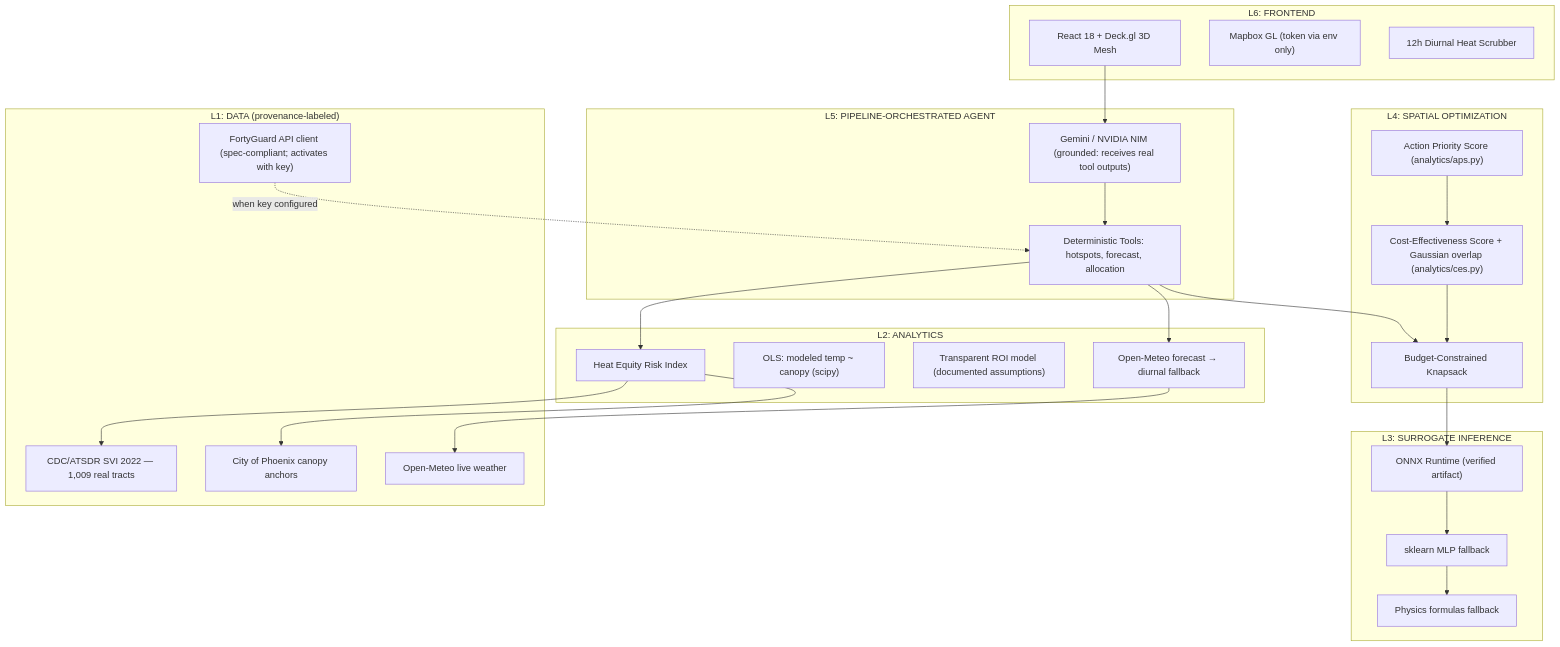
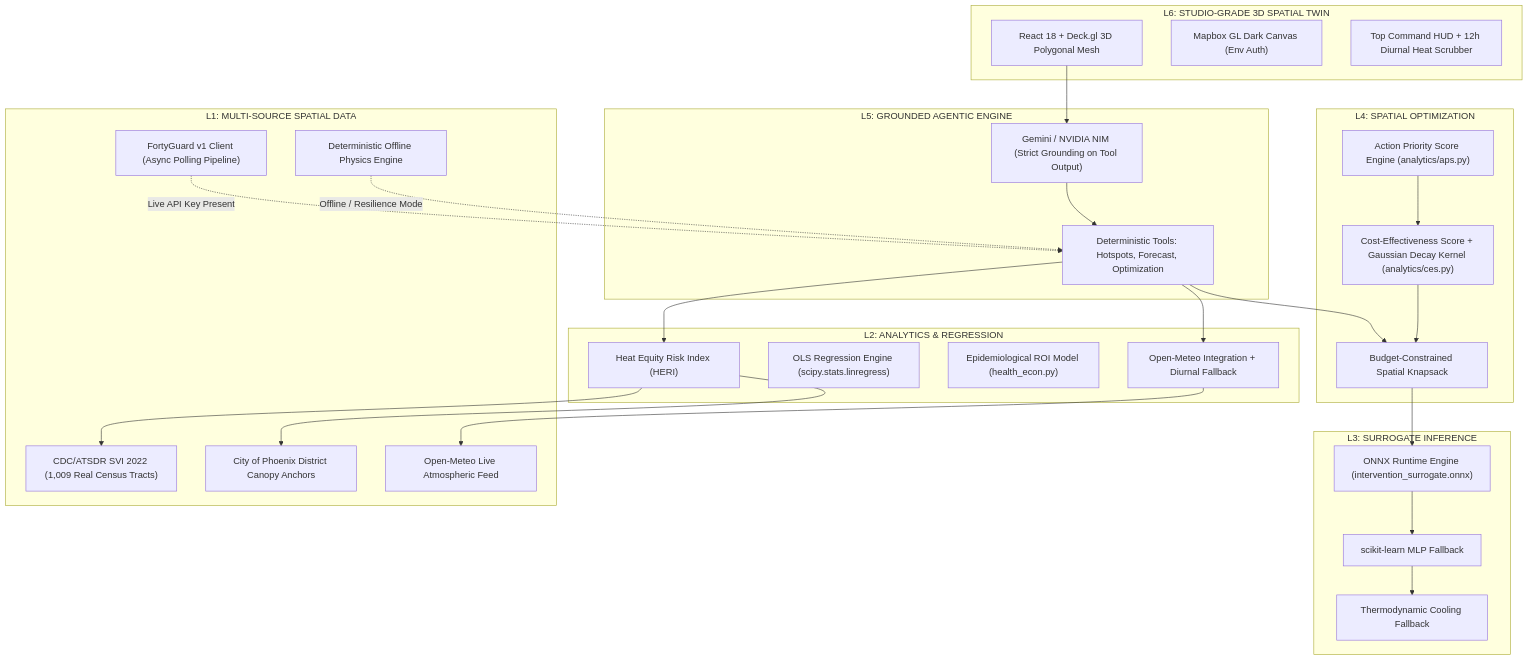
Before and after one commit to hasib-spec/SHADE: the diagram in README.md, drawn with Mermaid. The commit also changed other lines of this file, not shown here.

````diff
--- a/README.md
+++ b/README.md
@@ -61,52 +50,54 @@
 ```mermaid
 graph TD
-    subgraph L6_Frontend["L6: FRONTEND"]
-        UI["React 18 + Deck.gl 3D Mesh"]
-        Map["Mapbox GL (token via env only)"]
-        HUD["12h Diurnal Heat Scrubber"]
+    subgraph L6_Frontend["L6: STUDIO-GRADE 3D SPATIAL TWIN"]
+        UI["React 18 + Deck.gl 3D Polygonal Mesh"]
+        Map["Mapbox GL Dark Canvas (Env Auth)"]
+        HUD["Top Command HUD + 12h Diurnal Heat Scrubber"]
     end
 
-    subgraph L5_Agent["L5: PIPELINE-ORCHESTRATED AGENT"]
-        Tools["Deterministic Tools: hotspots, forecast, allocation"]
-        LLM["Gemini / NVIDIA NIM (grounded: receives real tool outputs)"]
+    subgraph L5_Agent["L5: GROUNDED AGENTIC ENGINE"]
+        Tools["Deterministic Tools: Hotspots, Forecast, Optimization"]
+        LLM["Gemini / NVIDIA NIM (Strict Grounding on Tool Output)"]
     end
 
     subgraph L4_Optimization["L4: SPATIAL OPTIMIZATION"]
-        Knapsack["Budget-Constrained Knapsack"]
-        APS["Action Priority Score (analytics/aps.py)"]
-        CES["Cost-Effectiveness Score + Gaussian overlap (analytics/ces.py)"]
+        Knapsack["Budget-Constrained Spatial Knapsack"]
+        APS["Action Priority Score Engine (analytics/aps.py)"]
+        CES["Cost-Effectiveness Score + Gaussian Decay Kernel (analytics/ces.py)"]
     end
 
     subgraph L3_Inference["L3: SURROGATE INFERENCE"]
-        ONNX["ONNX Runtime (verified artifact)"]
-        Joblib["sklearn MLP fallback"]
-        Physics["Physics formulas fallback"]
+        ONNX["ONNX Runtime Engine (intervention_surrogate.onnx)"]
+        Joblib["scikit-learn MLP Fallback"]
+        Physics["Thermodynamic Cooling Fallback"]
     end
 
-    subgraph L2_Analytics["L2: ANALYTICS"]
-        HERI["Heat Equity Risk Index"]
-        OLS["OLS: modeled temp ~ canopy (scipy)"]
-        ROI["Transparent ROI model (documented assumptions)"]
-        Forecast["Open-Meteo forecast → diurnal fallback"]
+    subgraph L2_Analytics["L2: ANALYTICS & REGRESSION"]
+        HERI["Heat Equity Risk Index (HERI)"]
+        OLS["OLS Regression Engine (scipy.stats.linregress)"]
+        ROI["Epidemiological ROI Model (health_econ.py)"]
+        Forecast["Open-Meteo Integration + Diurnal Fallback"]
     end
 
-    subgraph L1_Data["L1: DATA (provenance-labeled)"]
-        FG["FortyGuard API client (spec-compliant; activates with key)"]
-        SVI["CDC/ATSDR SVI 2022 — 1,009 real tracts"]
-        Canopy["City of Phoenix canopy anchors"]
-        OMeteo["Open-Meteo live weather"]
+    subgraph L1_Data["L1: MULTI-SOURCE SPATIAL DATA"]
+        FG["FortyGuard v1 Client (Async Polling Pipeline)"]
+        Fallback["Deterministic Offline Physics Engine"]
+        SVI["CDC/ATSDR SVI 2022 (1,009 Real Census Tracts)"]
+        Canopy["City of Phoenix District Canopy Anchors"]
+        OMeteo["Open-Meteo Live Atmospheric Feed"]
     end
 
     UI --> LLM
     LLM --> Tools
     Tools --> Knapsack
     APS --> CES
     CES --> Knapsack
     Knapsack --> ONNX
     ONNX --> Joblib --> Physics
     Tools --> HERI
     HERI --> SVI
     HERI --> Canopy
     Tools --> Forecast --> OMeteo
-    FG -.->|when key configured| Tools
+    FG -.->|Live API Key Present| Tools
+    Fallback -.->|Offline / Resilience Mode| Tools
 ```
````
